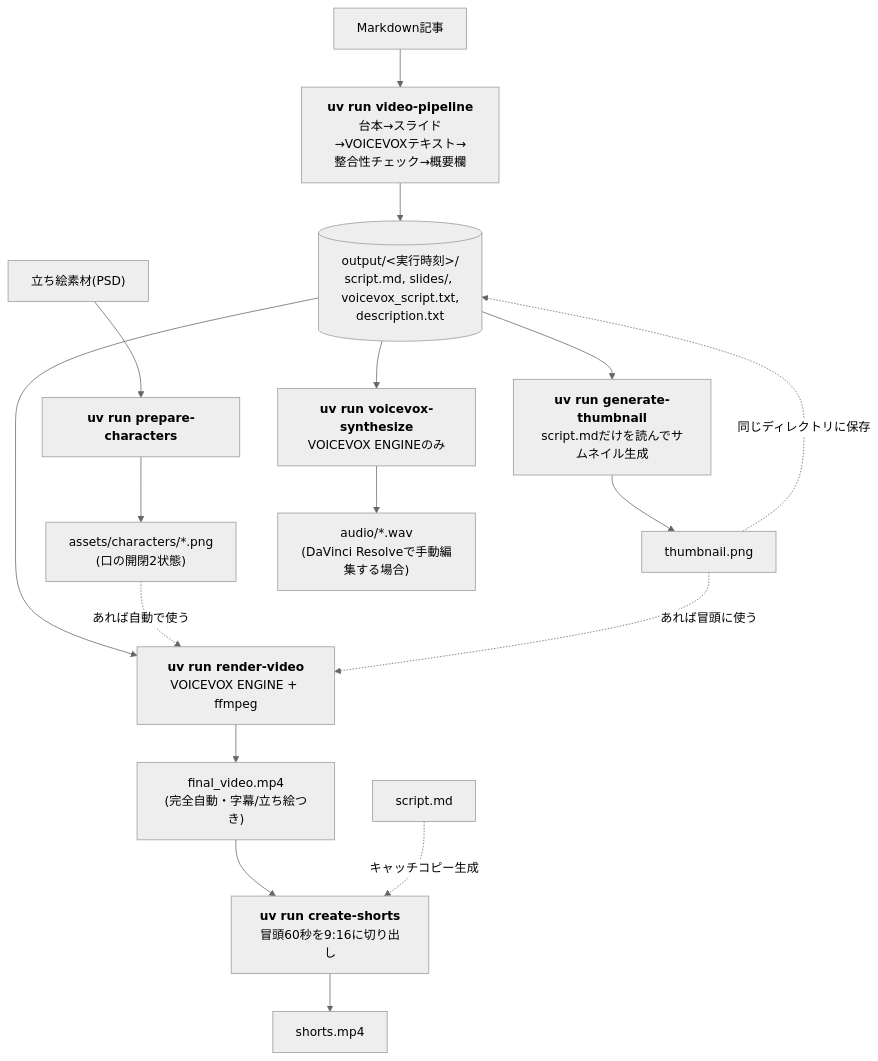
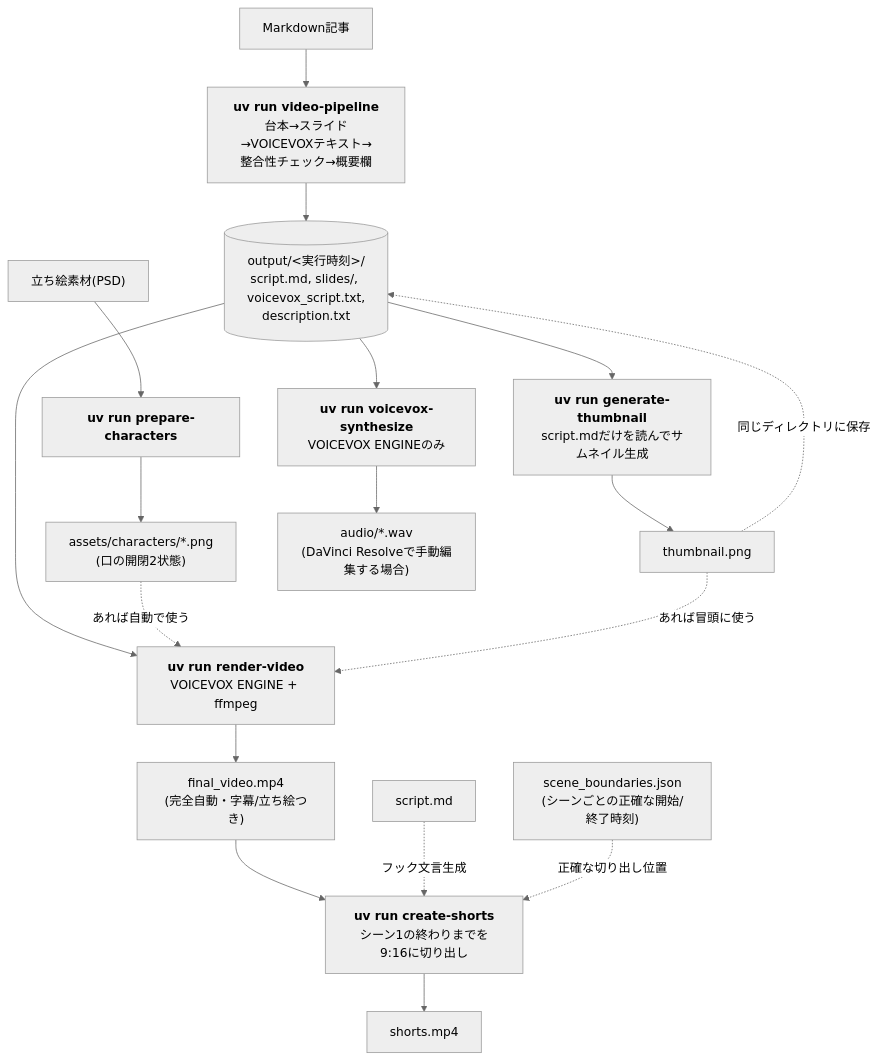
The first of 3 diagrams in README.md (Ken-kichi/video-pipeline), drawn with Mermaid (neutral theme) before and after one commit. The commit also changed other lines of this file and 3 other files, not shown here.

````diff
--- a/README.md
+++ b/README.md
@@ -52,24 +52,25 @@
 ```mermaid
 flowchart TD
     Article["Markdown記事"] --> VP["<b>uv run video-pipeline</b><br/>台本→スライド→VOICEVOXテキスト→<br/>整合性チェック→概要欄"]
     VP --> Out[("output/&lt;実行時刻&gt;/<br/>script.md, slides/, voicevox_script.txt,<br/>description.txt")]
 
     Out --> GT["<b>uv run generate-thumbnail</b><br/>script.mdだけを読んでサムネイル生成"]
     GT --> Thumb["thumbnail.png"]
     Thumb -.同じディレクトリに保存.-> Out
 
     PSD["立ち絵素材(PSD)"] --> PC["<b>uv run prepare-characters</b>"]
     PC --> Assets["assets/characters/*.png<br/>(口の開閉2状態)"]
 
     Out --> RV["<b>uv run render-video</b><br/>VOICEVOX ENGINE + ffmpeg"]
     Assets -.あれば自動で使う.-> RV
     Thumb -.あれば冒頭に使う.-> RV
     RV --> Final["final_video.mp4<br/>(完全自動・字幕/立ち絵つき)"]
 
     Out --> VS["<b>uv run voicevox-synthesize</b><br/>VOICEVOX ENGINEのみ"]
     VS --> Wav["audio/*.wav<br/>(DaVinci Resolveで手動編集する場合)"]
 
-    Final --> CS["<b>uv run create-shorts</b><br/>冒頭60秒を9:16に切り出し"]
-    Script["script.md"] -.キャッチコピー生成.-> CS
+    Final --> CS["<b>uv run create-shorts</b><br/>シーン1の終わりまでを9:16に切り出し"]
+    Script["script.md"] -.フック文言生成.-> CS
+    Bounds["scene_boundaries.json<br/>(シーンごとの正確な開始/終了時刻)"] -.正確な切り出し位置.-> CS
     CS --> Shorts["shorts.mp4"]
 ```
````
